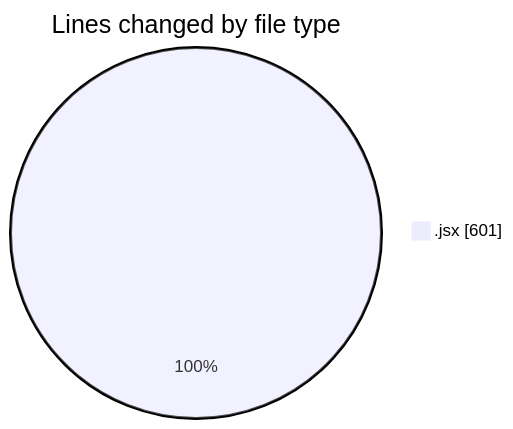
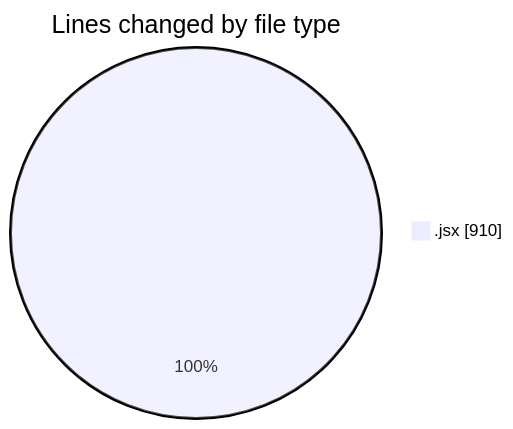
One commit to nxtqubesakshisongat/code-tracking changed the first of 2 diagrams in 2025-06-30/argos/README.md. Above: the diagram before and after it, drawn with Mermaid. The commit also changed other lines of this file and 1 other file, not shown here.

````diff
--- a/2025-06-30/argos/README.md
+++ b/2025-06-30/argos/README.md
@@ -21,5 +22,5 @@
 ```mermaid
 pie showData
 title Lines changed by file type
-".jsx" : 601
+".jsx" : 910
 ```
````
